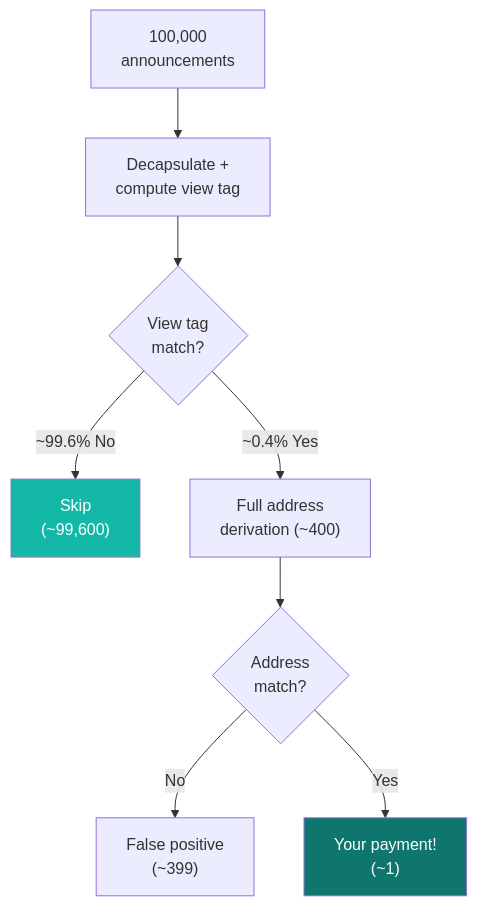
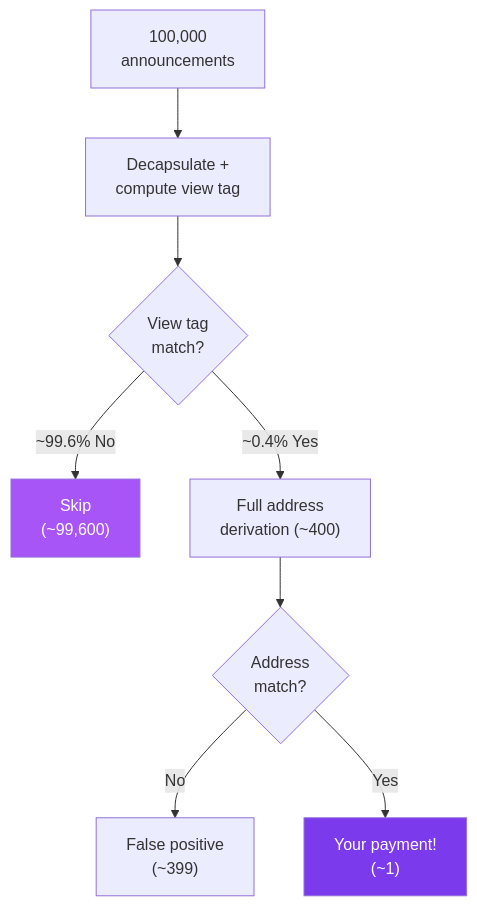
Before and after one commit to specter-privacy/docs: the diagram in docs/how-it-works/view-tags-and-scanning.mdx, drawn with Mermaid. The commit also changed other lines of this file and 81 other files, not shown here.

````diff
--- a/docs/how-it-works/view-tags-and-scanning.mdx
+++ b/docs/how-it-works/view-tags-and-scanning.mdx
@@ -33,13 +37,13 @@
 ```mermaid
 flowchart TD
     A["100,000\nannouncements"] --> B["Decapsulate +\ncompute view tag"]
     B --> C{"View tag\nmatch?"}
     C -->|"~99.6% No"| D["Skip\n(~99,600)"]
     C -->|"~0.4% Yes"| E["Full address\nderivation (~400)"]
     E --> F{"Address\nmatch?"}
     F -->|"No"| G["False positive\n(~399)"]
     F -->|"Yes"| H["Your payment!\n(~1)"]
 
-    style D fill:#14B8A6,color:#fff
-    style H fill:#0F766E,color:#fff
+    style D fill:#a855f7,color:#fff
+    style H fill:#7c3aed,color:#fff
 ```
````
